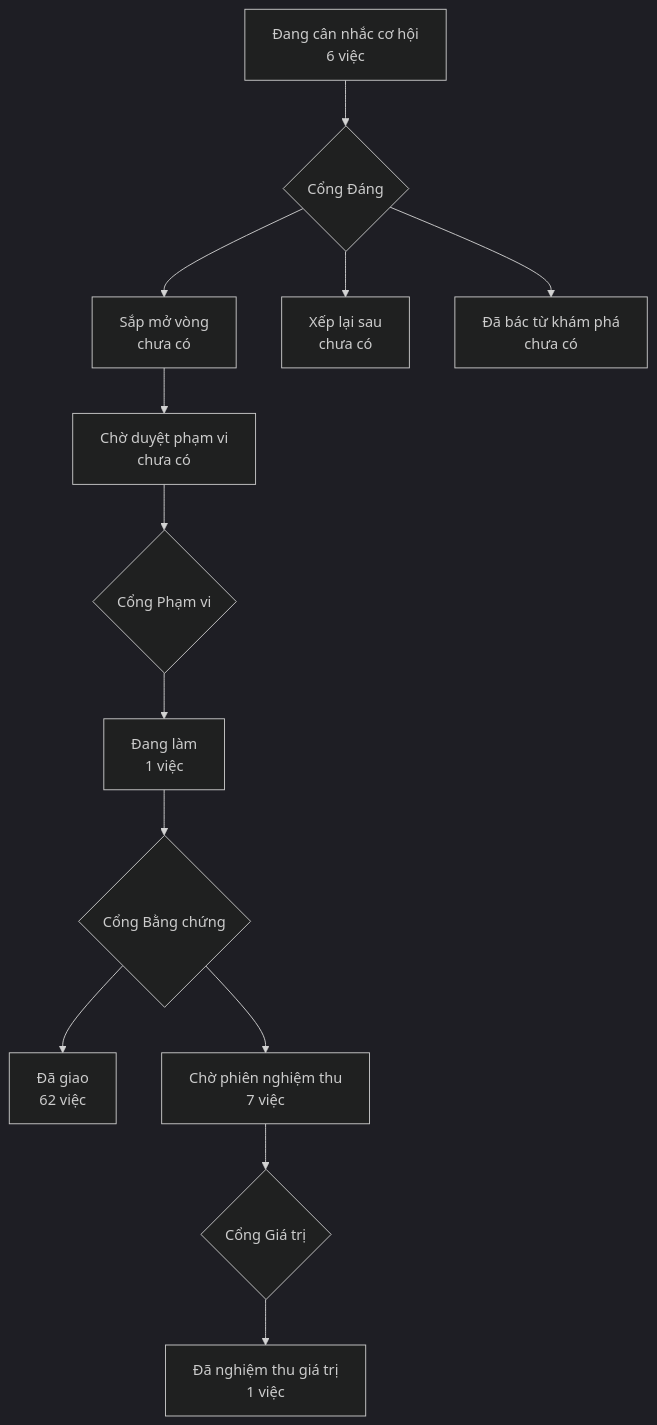
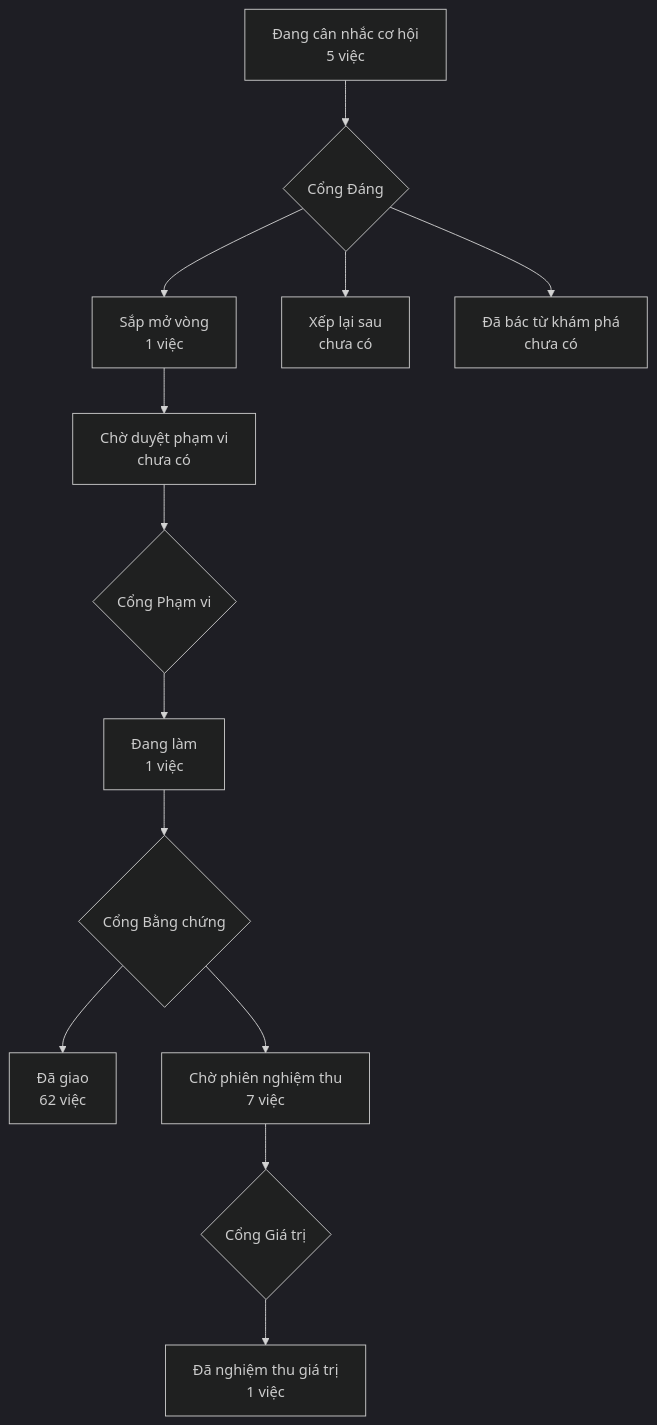
One commit to phanlemanh/crm-onehub changed the diagram in PRODUCT-MAP.md. Above: the diagram before and after it, drawn with Mermaid (dark theme). The commit also changed other lines of this file and 1 other file, not shown here.

Commit message:
docs(acceptance): ký Cổng Đáng cau-truc-to-chuc — build, keep, Manh Phan

````diff
--- a/PRODUCT-MAP.md
+++ b/PRODUCT-MAP.md
@@ -6,12 +6,12 @@
 ```mermaid
 flowchart TD
-  A["Đang cân nhắc cơ hội<br/>6 việc"] --> GD{"Cổng Đáng"}
-  GD --> B["Sắp mở vòng<br/>chưa có"]
+  A["Đang cân nhắc cơ hội<br/>5 việc"] --> GD{"Cổng Đáng"}
+  GD --> B["Sắp mở vòng<br/>1 việc"]
   GD --> XL["Xếp lại sau<br/>chưa có"]
   GD --> DB["Đã bác từ khám phá<br/>chưa có"]
   B --> CD["Chờ duyệt phạm vi<br/>chưa có"] --> GP{"Cổng Phạm vi"}
   GP --> DL["Đang làm<br/>1 việc"] --> GB{"Cổng Bằng chứng"}
   GB --> DG["Đã giao<br/>62 việc"]
   GB --> CN["Chờ phiên nghiệm thu<br/>7 việc"] --> GG{"Cổng Giá trị"}
   GG --> NT["Đã nghiệm thu giá trị<br/>1 việc"]
 ```
````
